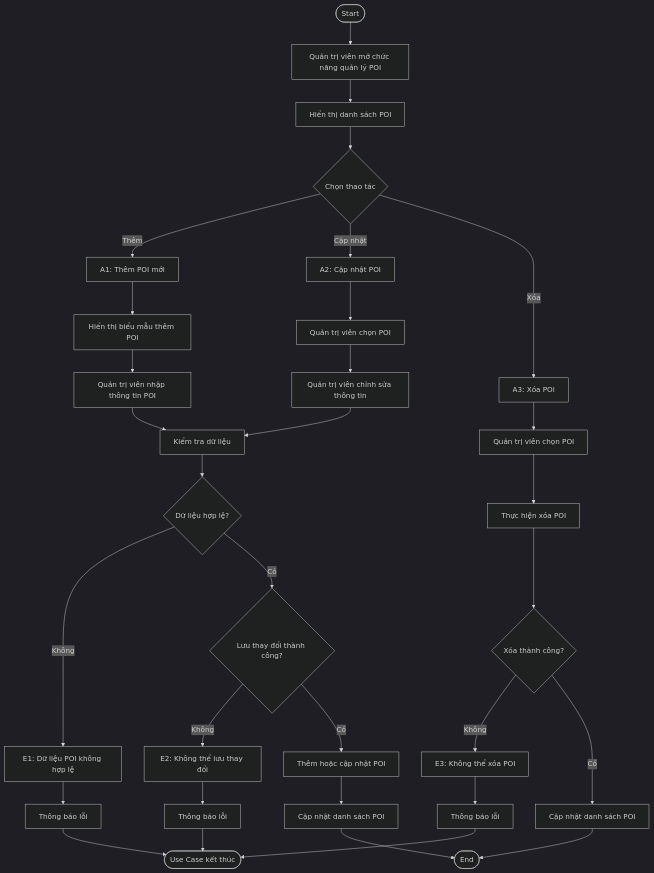
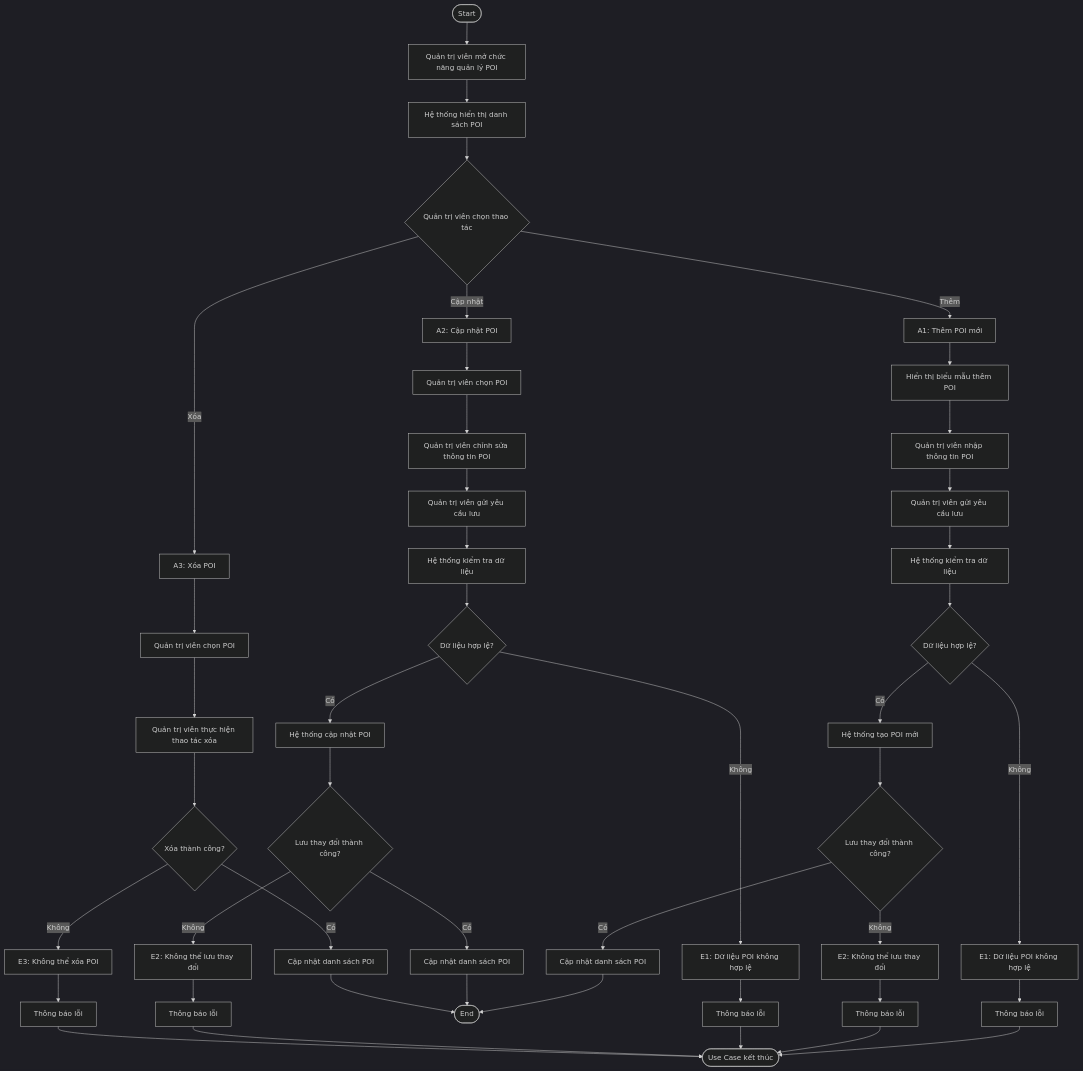
Before and after one commit to BXXOYOUNG/multilingual-guide-services-saigon-zoo: the eighth of 10 diagrams in README.md, drawn with Mermaid (dark theme). The commit also changed other lines of this file, not shown here.

````diff
--- a/README.md
+++ b/README.md
@@ -752,51 +749,70 @@
 ```mermaid
 flowchart TD
     S([Start]) --> A[Quản trị viên mở chức năng quản lý POI]
-    A --> B[Hiển thị danh sách POI]
-    B --> C{Chọn thao tác}
+    A --> B[Hệ thống hiển thị danh sách POI]
+    B --> C{Quản trị viên chọn thao tác}
 
     %% Alternative Path A1
     C -- Thêm --> A1[A1: Thêm POI mới]
     A1 --> A1A[Hiển thị biểu mẫu thêm POI]
     A1A --> A1B[Quản trị viên nhập thông tin POI]
-    A1B --> D[Kiểm tra dữ liệu]
+    A1B --> A1C[Quản trị viên gửi yêu cầu lưu]
+    A1C --> D1[Hệ thống kiểm tra dữ liệu]
+
+    D1 --> F1{Dữ liệu hợp lệ?}
+
+    %% Exception Path E1 - Add
+    F1 -- Không --> E1[E1: Dữ liệu POI không hợp lệ]
+    E1 --> E1A[Thông báo lỗi]
+    E1A --> X([Use Case kết thúc])
+
+    F1 -- Có --> G1[Hệ thống tạo POI mới]
+    G1 --> H1{Lưu thay đổi thành công?}
+
+    %% Exception Path E2 - Add
+    H1 -- Không --> E2[E2: Không thể lưu thay đổi]
+    E2 --> E2A[Thông báo lỗi]
+    E2A --> X
+
+    H1 -- Có --> I1[Cập nhật danh sách POI]
+    I1 --> Y([End])
 
     %% Alternative Path A2
     C -- Cập nhật --> A2[A2: Cập nhật POI]
     A2 --> A2A[Quản trị viên chọn POI]
-    A2A --> A2B[Quản trị viên chỉnh sửa thông tin]
-    A2B --> D
+    A2A --> A2B[Quản trị viên chỉnh sửa thông tin POI]
+    A2B --> A2C[Quản trị viên gửi yêu cầu lưu]
+    A2C --> D2[Hệ thống kiểm tra dữ liệu]
+
+    D2 --> F2{Dữ liệu hợp lệ?}
+
+    %% Exception Path E1 - Update
+    F2 -- Không --> E1B[E1: Dữ liệu POI không hợp lệ]
+    E1B --> E1C[Thông báo lỗi]
+    E1C --> X
+
+    F2 -- Có --> G2[Hệ thống cập nhật POI]
+    G2 --> H2{Lưu thay đổi thành công?}
+
+    %% Exception Path E2 - Update
+    H2 -- Không --> E2B[E2: Không thể lưu thay đổi]
+    E2B --> E2C[Thông báo lỗi]
+    E2C --> X
+
+    H2 -- Có --> I2[Cập nhật danh sách POI]
+    I2 --> Y
 
     %% Alternative Path A3
     C -- Xóa --> A3[A3: Xóa POI]
     A3 --> A3A[Quản trị viên chọn POI]
-    A3A --> A3B[Thực hiện xóa POI]
-    A3B --> E{Xóa thành công?}
+    A3A --> A3B[Quản trị viên thực hiện thao tác xóa]
+    A3B --> F3{Xóa thành công?}
 
     %% Exception Path E3
-    E -- Không --> E3[E3: Không thể xóa POI]
+    F3 -- Không --> E3[E3: Không thể xóa POI]
     E3 --> E3A[Thông báo lỗi]
-    E3A --> X([Use Case kết thúc])
+    E3A --> X
 
-    E -- Có --> A3C[Cập nhật danh sách POI]
-    A3C --> Y([End])
-
-    %% Main flow for Add / Update
-    D --> F{Dữ liệu hợp lệ?}
-
-    %% Exception Path E1
-    F -- Không --> E1[E1: Dữ liệu POI không hợp lệ]
-    E1 --> E1A[Thông báo lỗi]
-    E1A --> X
-
-    F -- Có --> G{Lưu thay đổi thành công?}
-
-    %% Exception Path E2
-    G -- Không --> E2[E2: Không thể lưu thay đổi]
-    E2 --> E2A[Thông báo lỗi]
-    E2A --> X
-
-    G -- Có --> H[Thêm hoặc cập nhật POI]
-    H --> I[Cập nhật danh sách POI]
-    I --> Y
+    F3 -- Có --> A3C[Cập nhật danh sách POI]
+    A3C --> Y
 ```
````
